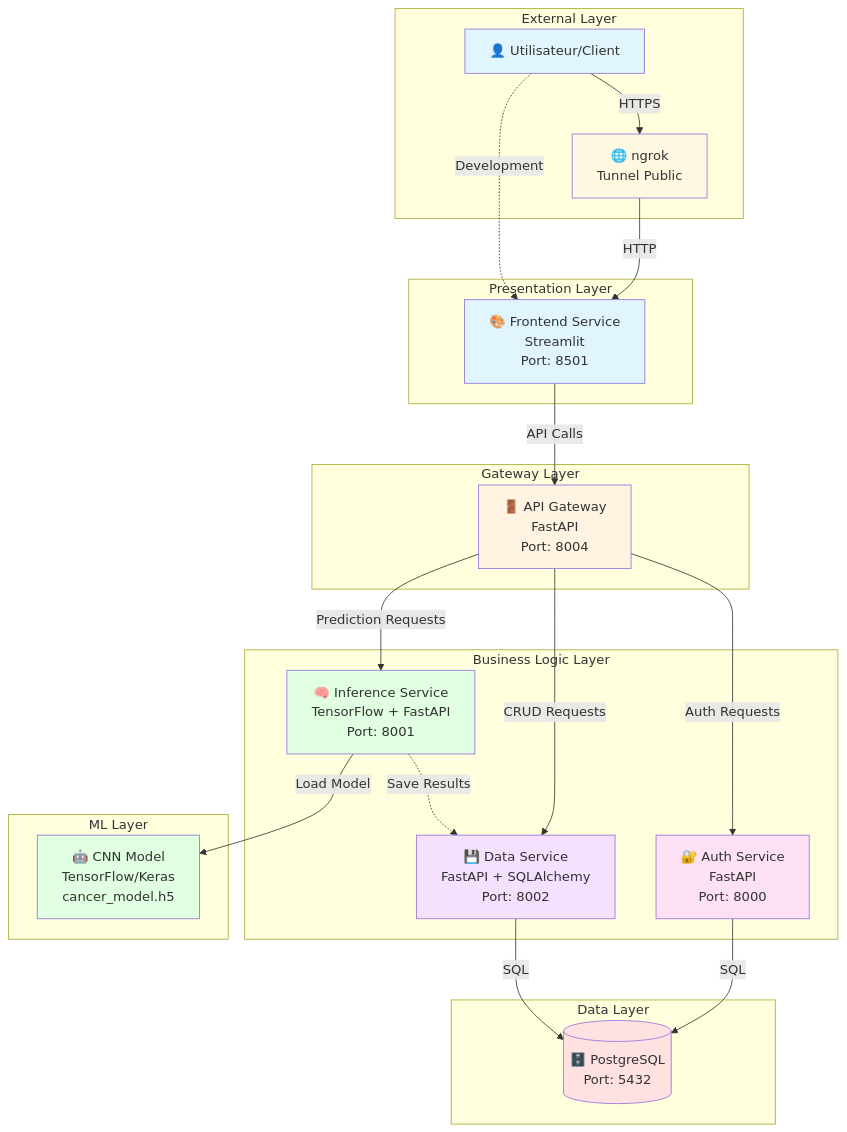
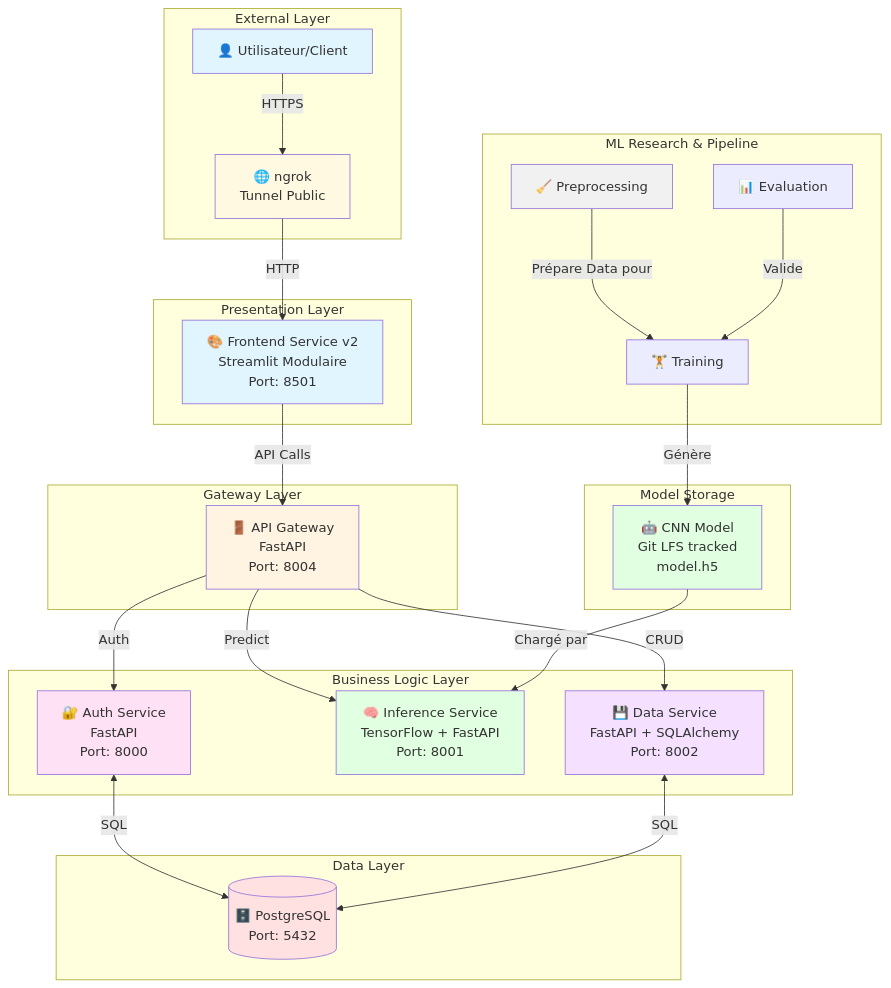
The diagram in ARCHITECTURE.md (mnjaay/DL-CancerDuSein), drawn with Mermaid before and after one commit. The commit also changed other lines of this file and 6 other files, not shown here.

````diff
--- a/ARCHITECTURE.md
+++ b/ARCHITECTURE.md
@@ -44,53 +11,62 @@
 ```mermaid
 graph TB
     subgraph "External Layer"
         U[👤 Utilisateur/Client]
         N[🌐 ngrok<br/>Tunnel Public]
     end
     
     subgraph "Presentation Layer"
-        F[🎨 Frontend Service<br/>Streamlit<br/>Port: 8501]
+        F[🎨 Frontend Service v2<br/>Streamlit Modulaire<br/>Port: 8501]
     end
     
     subgraph "Gateway Layer"
         G[🚪 API Gateway<br/>FastAPI<br/>Port: 8004]
     end
     
     subgraph "Business Logic Layer"
         A[🔐 Auth Service<br/>FastAPI<br/>Port: 8000]
         I[🧠 Inference Service<br/>TensorFlow + FastAPI<br/>Port: 8001]
         D[💾 Data Service<br/>FastAPI + SQLAlchemy<br/>Port: 8002]
     end
     
     subgraph "Data Layer"
         DB[(🗄️ PostgreSQL<br/>Port: 5432)]
     end
     
-    subgraph "ML Layer"
-        M[🤖 CNN Model<br/>TensorFlow/Keras<br/>cancer_model.h5]
+    subgraph "ML Research & Pipeline"
+        P[🧹 Preprocessing]
+        T[🏋️ Training]
+        E[📊 Evaluation]
+    end
+    
+    subgraph "Model Storage"
+        M[🤖 CNN Model<br/>Git LFS tracked<br/>model.h5]
     end
     
     U -->|HTTPS| N
     N -->|HTTP| F
-    U -.->|Development| F
     F -->|API Calls| G
     
-    G -->|Auth Requests| A
-    G -->|Prediction Requests| I
-    G -->|CRUD Requests| D
+    G -->|Auth| A
+    G -->|Predict| I
+    G -->|CRUD| D
     
-    A -->|SQL| DB
-    D -->|SQL| DB
-    I -->|Load Model| M
-    I -.->|Save Results| D
+    A <-->|SQL| DB
+    D <-->|SQL| DB
+    
+    T -->|Génère| M
+    M -->|Chargé par| I
+    P -->|Prépare Data pour| T
+    E -->|Valide| T
     
     style U fill:#e1f5ff
     style N fill:#fff9e1
     style F fill:#e1f5ff
     style G fill:#fff4e1
     style A fill:#ffe1f5
     style I fill:#e1ffe1
     style D fill:#f5e1ff
     style DB fill:#ffe1e1
     style M fill:#e1ffe1
+    style P fill:#f1f1f1
 ```
````
